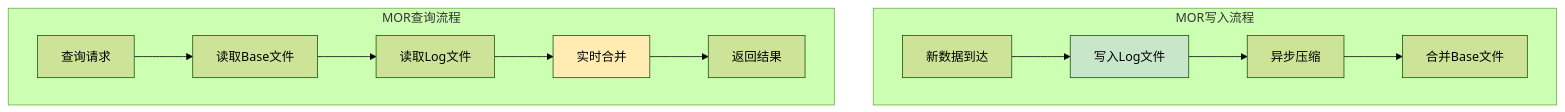
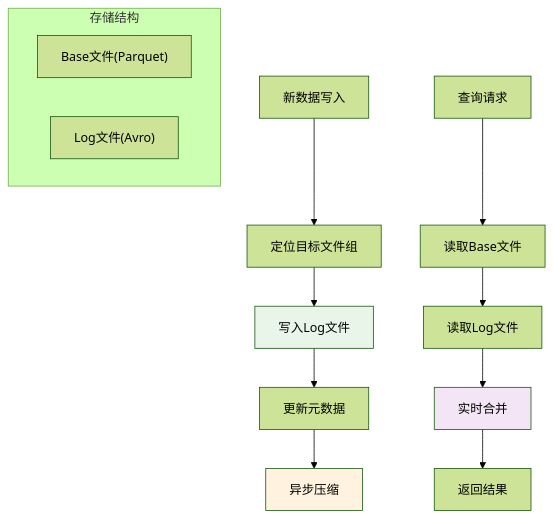
The seventh of 39 diagrams in 29.hudi.md (ralph-wren/TechStack-Handbook), drawn with Mermaid (forest theme) before and after one commit. The commit also changed other lines of this file and 2 other files, not shown here.

````diff
--- a/29.hudi.md
+++ b/29.hudi.md
@@ -298,18 +485,21 @@
 ```mermaid
-graph TB
-    subgraph "MOR写入流程"
-        A["新数据到达"] --> B["写入Log文件"]
-        B --> C["异步压缩"]
-        C --> D["合并Base文件"]
+graph TD
+    A["新数据写入"] --> B["定位目标文件组"]
+    B --> C["写入Log文件"]
+    C --> D["更新元数据"]
+    D --> E["异步压缩"]
+    
+    F["查询请求"] --> G["读取Base文件"]
+    G --> H["读取Log文件"]
+    H --> I["实时合并"]
+    I --> J["返回结果"]
+    
+    style C fill:#e8f5e8
+    style E fill:#fff3e0
+    style I fill:#f3e5f5
+    
+    subgraph "存储结构"
+        K["Base文件(Parquet)"]
+        L["Log文件(Avro)"]
     end
-    
-    subgraph "MOR查询流程"
-        E["查询请求"] --> F["读取Base文件"]
-        F --> G["读取Log文件"]
-        G --> H["实时合并"]
-        H --> I["返回结果"]
-    end
-    
-    style B fill:#c8e6c9
-    style H fill:#ffecb3
 ```
````
